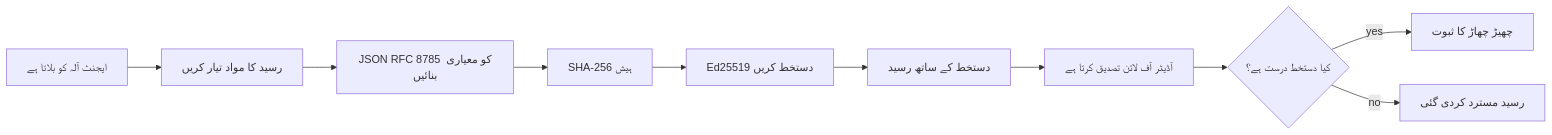
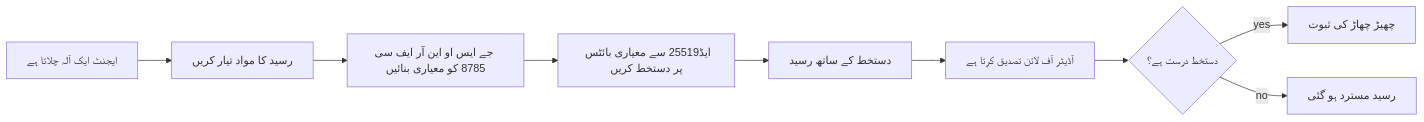
Before and after one commit to gabrielmoreira/agent-skills-mirror: the first of 2 diagrams in mirrors/repos/microsoft@ai-agents-for-beginners/translations/ur/18-securing-ai-agents/README.md, drawn with Mermaid. The commit also changed other lines of this file and 4262 other files, not shown here.

````diff
--- a/mirrors/repos/microsoft@ai-agents-for-beginners/translations/ur/18-securing-ai-agents/README.md
+++ b/mirrors/repos/microsoft@ai-agents-for-beginners/translations/ur/18-securing-ai-agents/README.md
@@ -51,12 +51,11 @@
 ```mermaid
 flowchart LR
-    A[ایجنٹ آلہ کو بلاتا ہے] --> B[رسید کا مواد تیار کریں]
-    B --> C[JSON RFC 8785 کو معیاری بنائیں]
-    C --> D[SHA-256 ہیش]
-    D --> E[Ed25519 دستخط کریں]
+    A[ایجنٹ ایک آلہ چلاتا ہے] --> B[رسید کا مواد تیار کریں]
+    B --> C[جے ایس او این آر ایف سی 8785 کو معیاری بنائیں]
+    C --> E[ایڈ25519 سے معیاری بائٹس پر دستخط کریں]
     E --> F[دستخط کے ساتھ رسید]
     F --> G[آڈیٹر آف لائن تصدیق کرتا ہے]
-    G --> H{کیا دستخط درست ہے؟}
-    H -- yes --> I[چھیڑ چھاڑ کا ثبوت]
-    H -- no --> J[رسید مسترد کردی گئی]
+    G --> H{دستخط درست ہے؟}
+    H -- yes --> I[چھیڑ چھاڑ کی ثبوت]
+    H -- no --> J[رسید مسترد ہو گئی]
 ```
````
